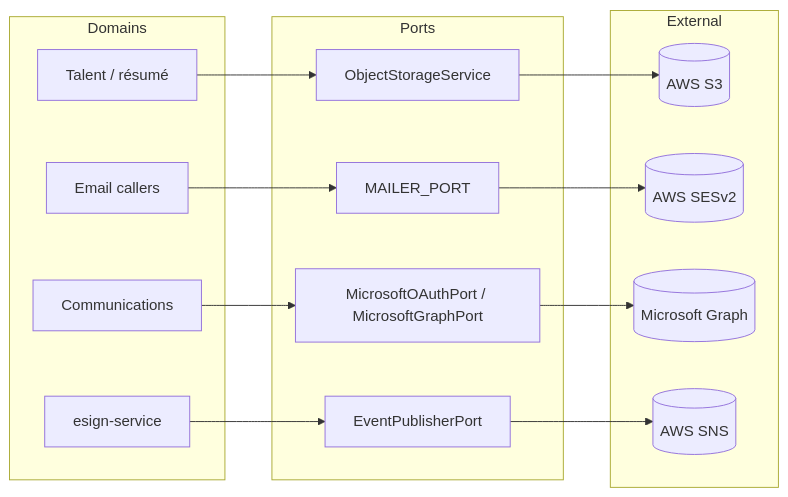
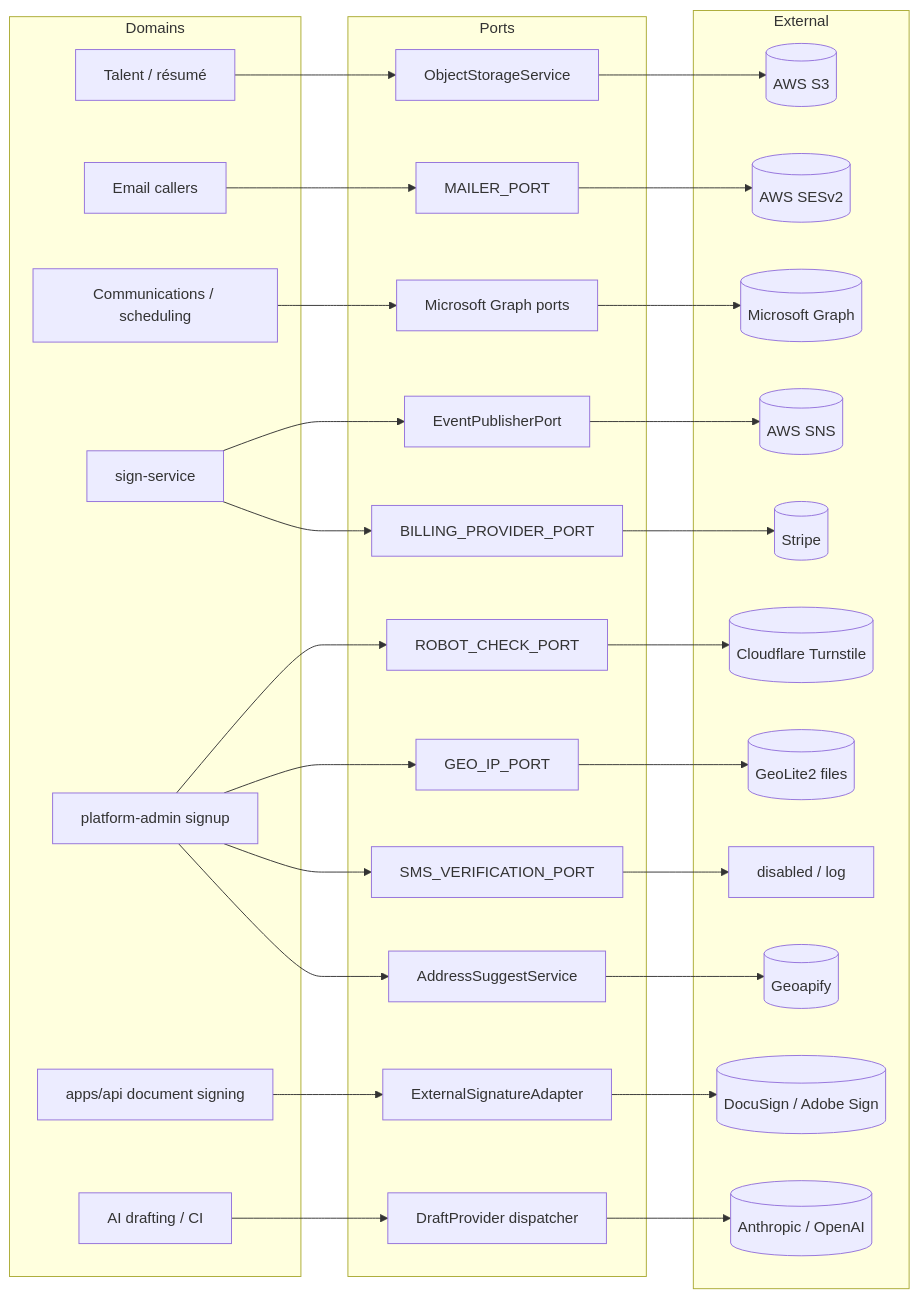
The fourth of 4 diagrams in doc/recon/as-built/D14-cross-cutting-platform-integrations.md (astreinc/aramo-platform), drawn with Mermaid before and after one commit. The commit also changed other lines of this file and 59 other files, not shown here.

````diff
--- a/doc/recon/as-built/D14-cross-cutting-platform-integrations.md
+++ b/doc/recon/as-built/D14-cross-cutting-platform-integrations.md
@@ -159,25 +266,49 @@
 ```mermaid
 flowchart LR
     subgraph Domains
       TL[Talent / résumé]
       EM[Email callers]
-      CM[Communications]
-      ES[esign-service]
+      CM[Communications / scheduling]
+      SG[sign-service]
+      SU[platform-admin signup]
+      DS[apps/api document signing]
+      AI[AI drafting / CI]
     end
     subgraph Ports
       OSP[ObjectStorageService]
       MP[MAILER_PORT]
-      MG[MicrosoftOAuthPort / MicrosoftGraphPort]
+      MG[Microsoft Graph ports]
       EP[EventPublisherPort]
+      BP[BILLING_PROVIDER_PORT]
+      RC[ROBOT_CHECK_PORT]
+      GI[GEO_IP_PORT]
+      SMS[SMS_VERIFICATION_PORT]
+      ADDR[AddressSuggestService]
+      XS[ExternalSignatureAdapter]
+      LLM[DraftProvider dispatcher]
     end
     subgraph External
       S3[(AWS S3)]
       SES[(AWS SESv2)]
       MSG[(Microsoft Graph)]
       SNS[(AWS SNS)]
+      STR[(Stripe)]
+      CF[(Cloudflare Turnstile)]
+      MM[(GeoLite2 files)]
+      GEO[(Geoapify)]
+      DSU[(DocuSign / Adobe Sign)]
+      LLMX[(Anthropic / OpenAI)]
+      OFF[disabled / log]
     end
     TL --> OSP --> S3
     EM --> MP --> SES
     CM --> MG --> MSG
-    ES --> EP --> SNS
+    SG --> EP --> SNS
+    SG --> BP --> STR
+    SU --> RC --> CF
+    SU --> GI --> MM
+    SU --> SMS --> OFF
+    SU --> ADDR --> GEO
+    DS --> XS --> DSU
+    AI --> LLM --> LLMX
 ```
````
